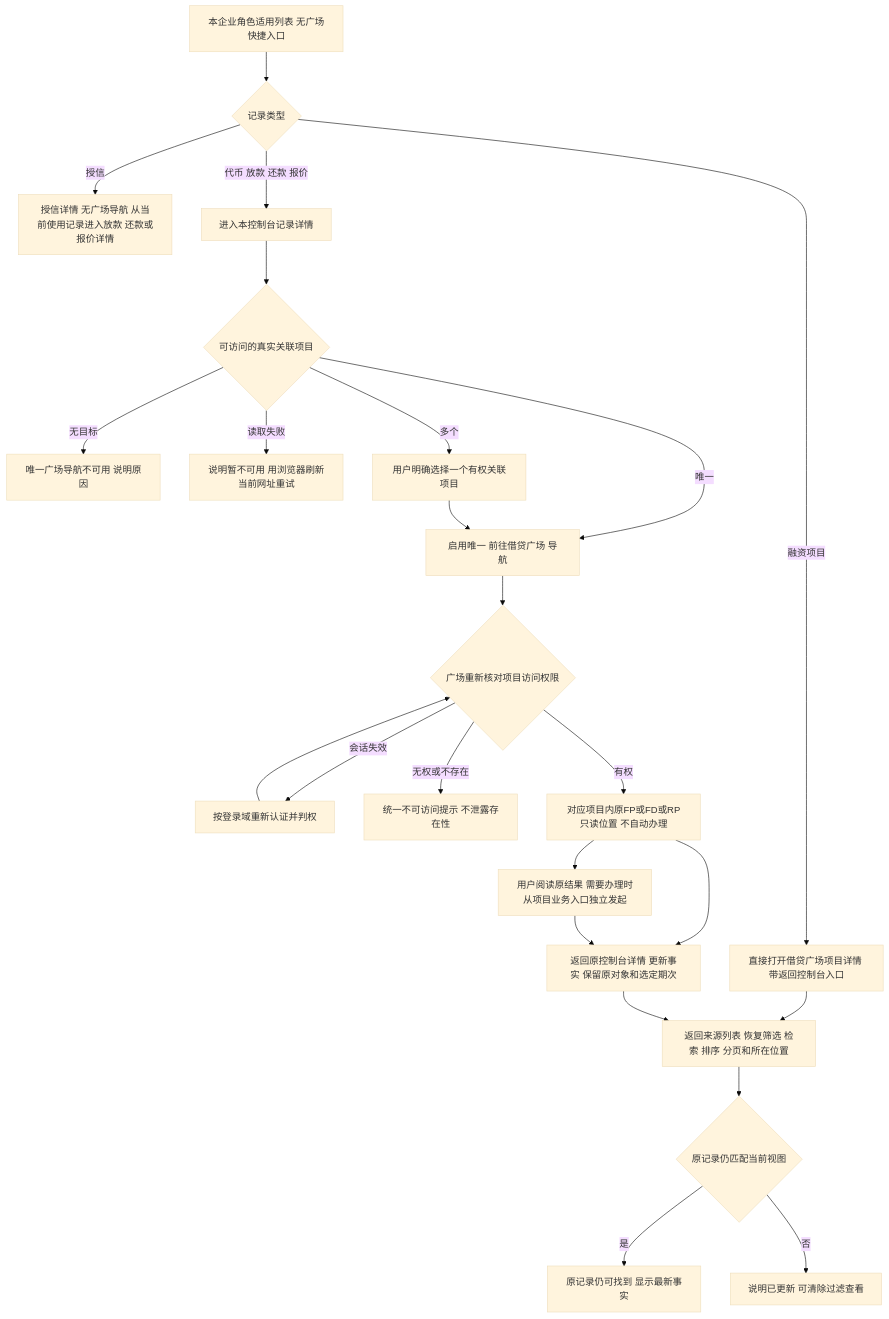
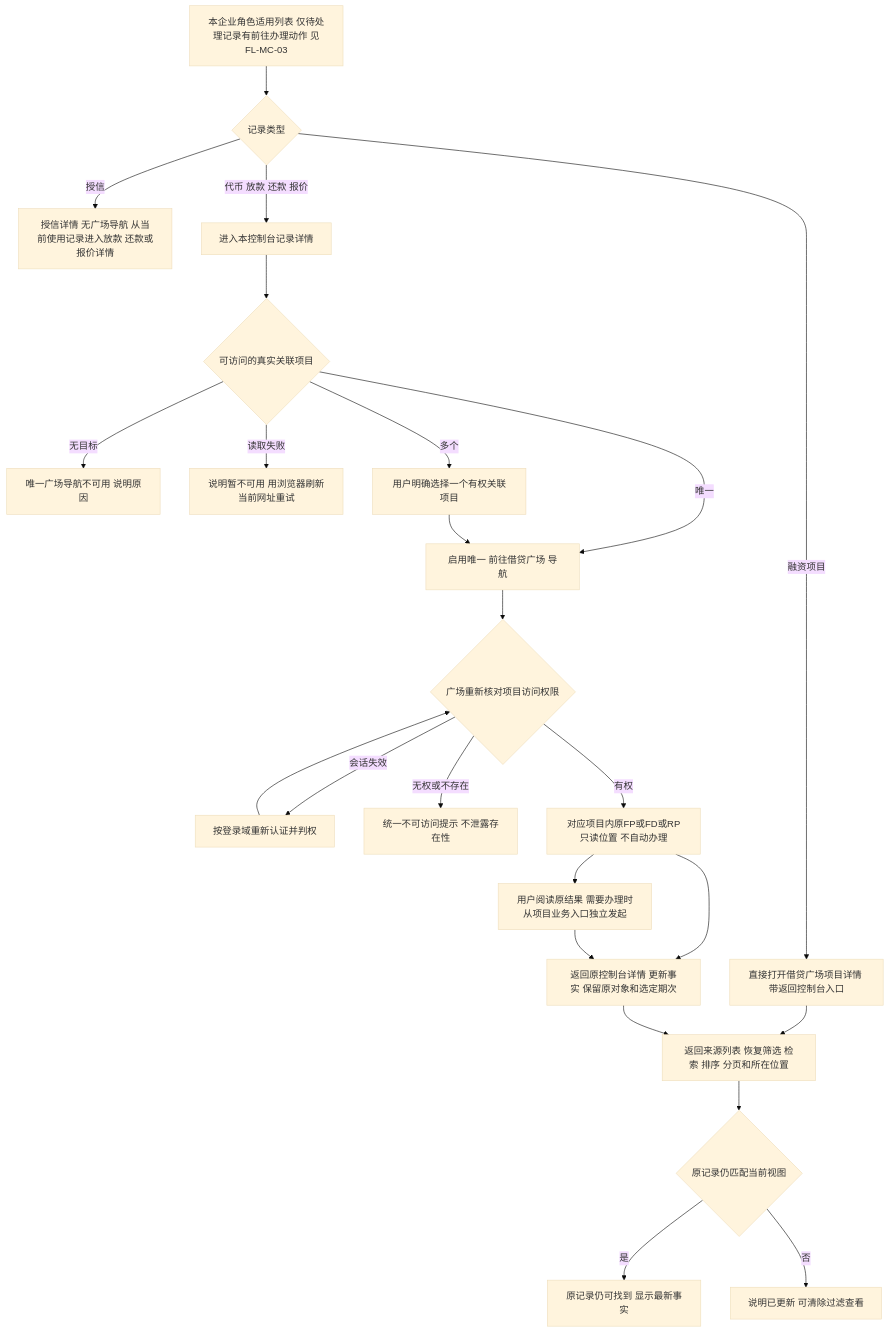
The second of 12 diagrams in lending-platform/PRD/面客端/09-我的控制台/02-我的控制台-流程图与状态机.md (wxblockchain/Chain-Financing), drawn with Mermaid (base theme) before and after one commit. The commit also changed other lines of this file and 11 other files, not shown here.

````diff
--- a/lending-platform/PRD/面客端/09-我的控制台/02-我的控制台-流程图与状态机.md
+++ b/lending-platform/PRD/面客端/09-我的控制台/02-我的控制台-流程图与状态机.md
@@ -56,26 +56,26 @@
 ```mermaid
 flowchart TD
-  A[本企业角色适用列表 无广场快捷入口] --> A1{记录类型}
+  A[本企业角色适用列表 仅待处理记录有前往办理动作 见FL-MC-03] --> A1{记录类型}
   A1 -- 融资项目 --> G1[直接打开借贷广场项目详情 带返回控制台入口]
   G1 --> N
   A1 -- 授信 --> B1[授信详情 无广场导航 从当前使用记录进入放款 还款或报价详情]
   A1 -- 代币 放款 还款 报价 --> B[进入本控制台记录详情]
   B --> C{可访问的真实关联项目}
   C -- 无目标 --> D[唯一广场导航不可用 说明原因]
   C -- 读取失败 --> E[说明暂不可用 用浏览器刷新当前网址重试]
   C -- 多个 --> F[用户明确选择一个有权关联项目]
   C -- 唯一 --> G[启用唯一 前往借贷广场 导航]
   F --> G
   G --> H{广场重新核对项目访问权限}
   H -- 会话失效 --> I[按登录域重新认证并判权]
   I --> H
   H -- 无权或不存在 --> J[统一不可访问提示 不泄露存在性]
   H -- 有权 --> K[对应项目内原FP或FD或RP只读位置 不自动办理]
   K --> L[用户阅读原结果 需要办理时从项目业务入口独立发起]
   K --> M[返回原控制台详情 更新事实 保留原对象和选定期次]
   L --> M
   M --> N[返回来源列表 恢复筛选 检索 排序 分页和所在位置]
   N --> O{原记录仍匹配当前视图}
   O -- 是 --> P[原记录仍可找到 显示最新事实]
   O -- 否 --> Q[说明已更新 可清除过滤查看]
 ```
````
